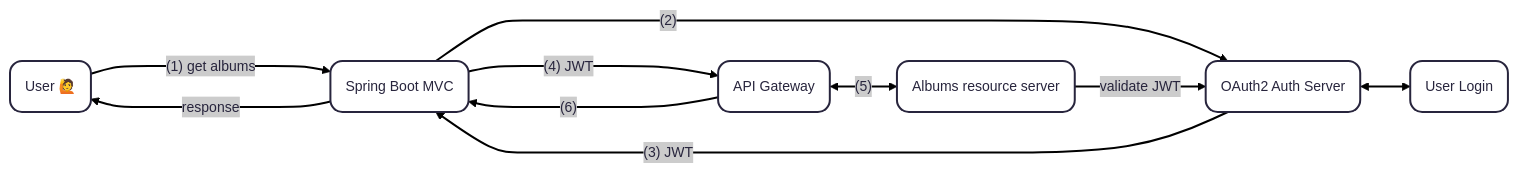
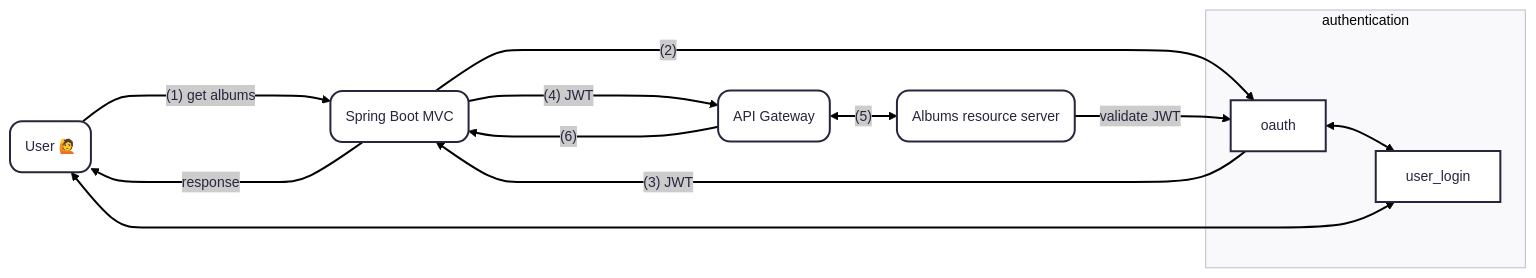
The fourth of 4 diagrams in README.md (AntonioDiaz/udemy-oauth2-spring), drawn with Mermaid before and after one commit.

````diff
--- a/README.md
+++ b/README.md
@@ -396,20 +396,20 @@
 ```mermaid
 ---
 config:
       theme: redux
 ---
 flowchart LR
         user("User 🙋")
         spring("Spring Boot MVC")
-        oauth("OAuth2 Auth Server")
-        user_login("User Login")
         api("API Gateway")
         server("Albums resource server")
+        subgraph authentication; oauth; user_login; end
         user --"(1) get albums"--> spring
         spring --"response" ----> user
         spring --"(2)"----> oauth <--> user_login
         oauth --(3) JWT--> spring
         spring --(4) JWT----> api <--"(5)"--> server
         api --(6)--> spring
         server --validate JWT--> oauth
+        user <----> user_login
 ```
````
